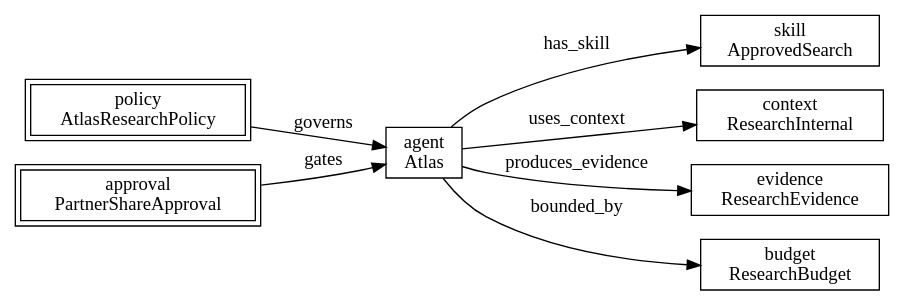
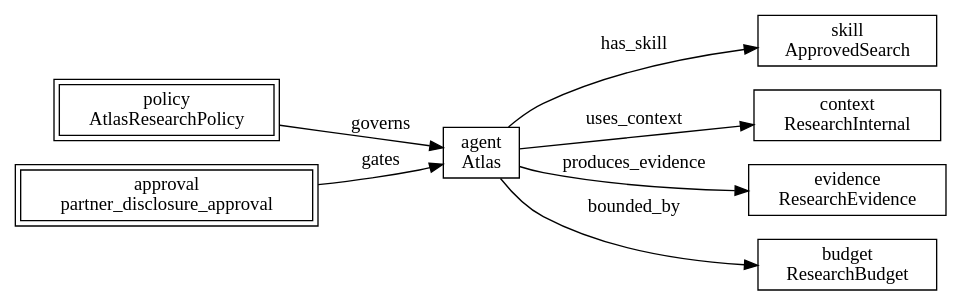
Before and after one commit to mazinmarji/nornyx: the diagram in book/manuscript/ch17_policy_model.md, drawn with Graphviz. The commit also changed other lines of this file and 29 other files, not shown here.

````diff
--- a/book/manuscript/ch17_policy_model.md
+++ b/book/manuscript/ch17_policy_model.md
@@ -246,20 +246,20 @@
 ```dot
 // fig=17-2 title="Atlas identity and capability relations"
 digraph G {
   rankdir=LR;
   node [shape=box];
   policy [label="policy\nAtlasResearchPolicy", peripheries=2];
   atlas [label="agent\nAtlas"];
   skill [label="skill\nApprovedSearch"];
   ctx [label="context\nResearchInternal"];
-  approval [label="approval\nPartnerShareApproval", peripheries=2];
+  approval [label="approval\npartner_disclosure_approval", peripheries=2];
   evidence [label="evidence\nResearchEvidence"];
   budget [label="budget\nResearchBudget"];
   policy -> atlas [label="governs"];
   atlas -> skill [label="has_skill"];
   atlas -> ctx [label="uses_context"];
   approval -> atlas [label="gates"];
   atlas -> evidence [label="produces_evidence"];
   atlas -> budget [label="bounded_by"];
 }
 ```
````
